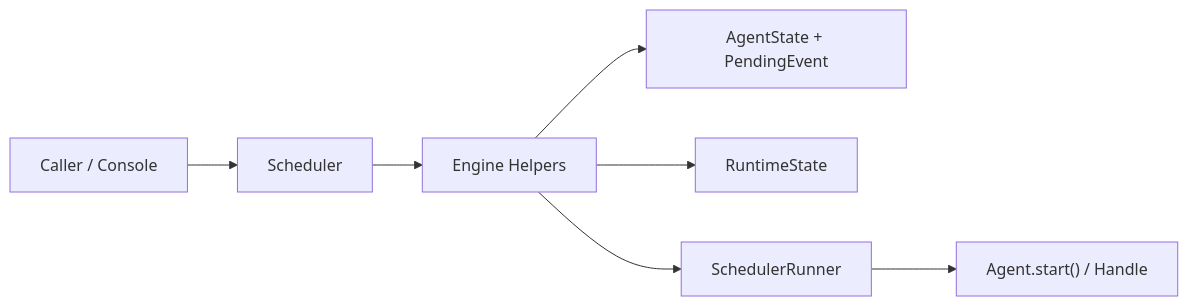
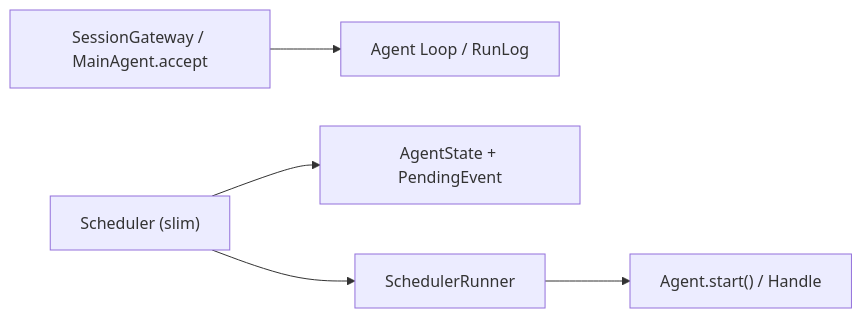
Before and after one commit to xhwSkhizein/agiwo: the first of 2 diagrams in docs/concepts/scheduler.md, drawn with Mermaid. The commit also changed other lines of this file and 194 other files, not shown here.

First line of the commit message:
feat: land ADR 0049 M3 — MainAgent, SessionIntent, Worker delegation

````diff
--- a/docs/concepts/scheduler.md
+++ b/docs/concepts/scheduler.md
@@ -15,9 +17,7 @@
 ```mermaid
 flowchart LR
-    Caller["Caller / Console"] --> Facade["Scheduler"]
-    Facade --> Engine["Engine Helpers"]
-    Engine --> Store["AgentState + PendingEvent"]
-    Engine --> Runtime["RuntimeState"]
-    Engine --> Runner["SchedulerRunner"]
+    Session["SessionGateway / MainAgent.accept"] --> AgentLoop["Agent Loop / RunLog"]
+    Scheduler["Scheduler (slim)"] --> Store["AgentState + PendingEvent"]
+    Scheduler --> Runner["SchedulerRunner"]
     Runner --> Agent["Agent.start() / Handle"]
 ```
````
